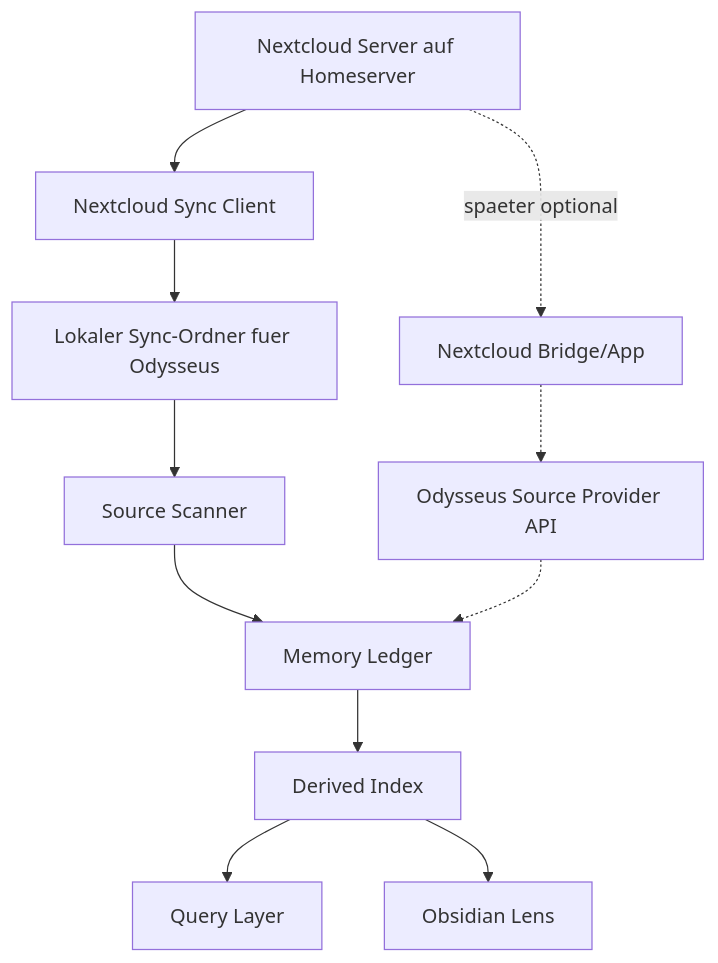
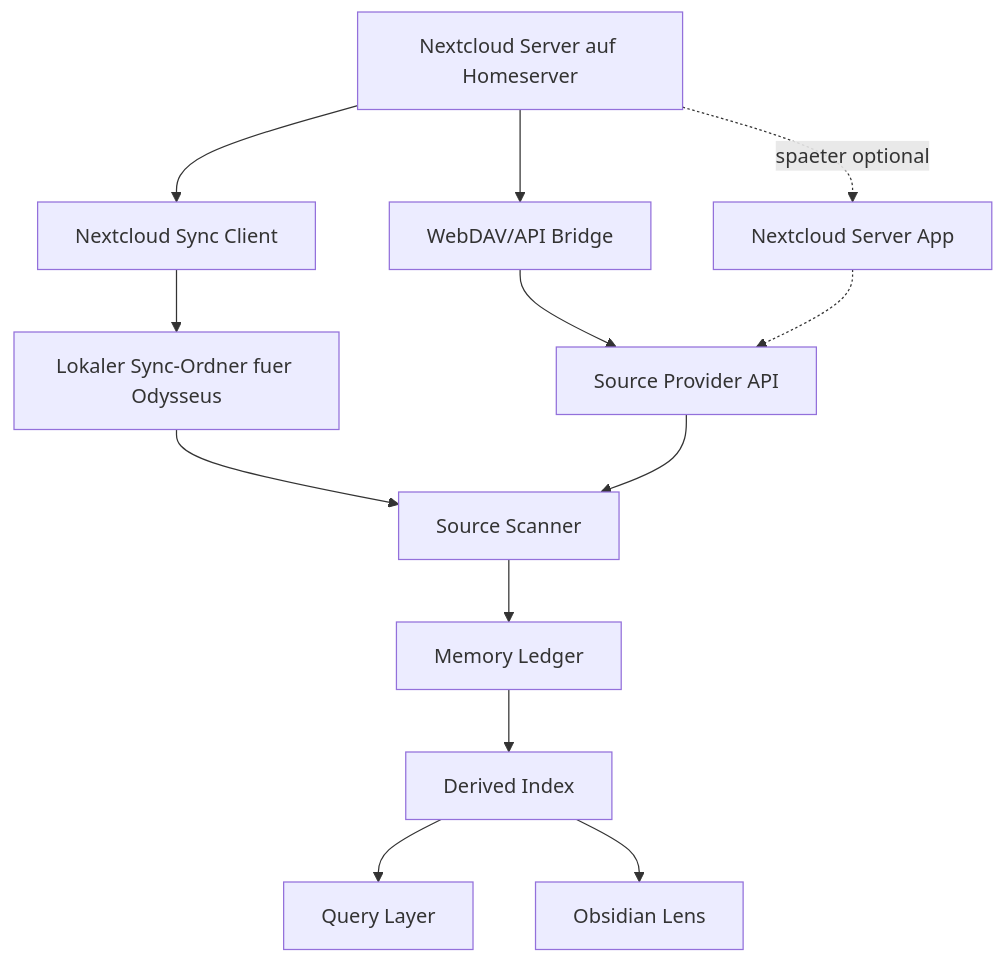
The diagram in docs/plans/nextcloud-source-bridge.md (fuzzy123-ai/odysseus-fuzzy), drawn with Mermaid before and after one commit. The commit also changed other lines of this file and 51 other files, not shown here.

````diff
--- a/docs/plans/nextcloud-source-bridge.md
+++ b/docs/plans/nextcloud-source-bridge.md
@@ -59,14 +75,16 @@
 ```mermaid
 flowchart TD
     A["Nextcloud Server auf Homeserver"] --> B["Nextcloud Sync Client"]
-    B --> C["Lokaler Sync-Ordner fuer Odysseus"]
-    C --> D["Source Scanner"]
-    D --> E["Memory Ledger"]
-    E --> F["Derived Index"]
-    F --> G["Query Layer"]
-    F --> H["Obsidian Lens"]
+    A --> C["WebDAV/API Bridge"]
+    B --> D["Lokaler Sync-Ordner fuer Odysseus"]
+    C --> E["Source Provider API"]
+    D --> F["Source Scanner"]
+    E --> F
+    F --> G["Memory Ledger"]
+    G --> H["Derived Index"]
+    H --> I["Query Layer"]
+    H --> J["Obsidian Lens"]
 
-    A -. "spaeter optional" .-> I["Nextcloud Bridge/App"]
-    I -.-> J["Odysseus Source Provider API"]
-    J -.-> E
+    A -. "spaeter optional" .-> K["Nextcloud Server App"]
+    K -.-> E
 ```
````
